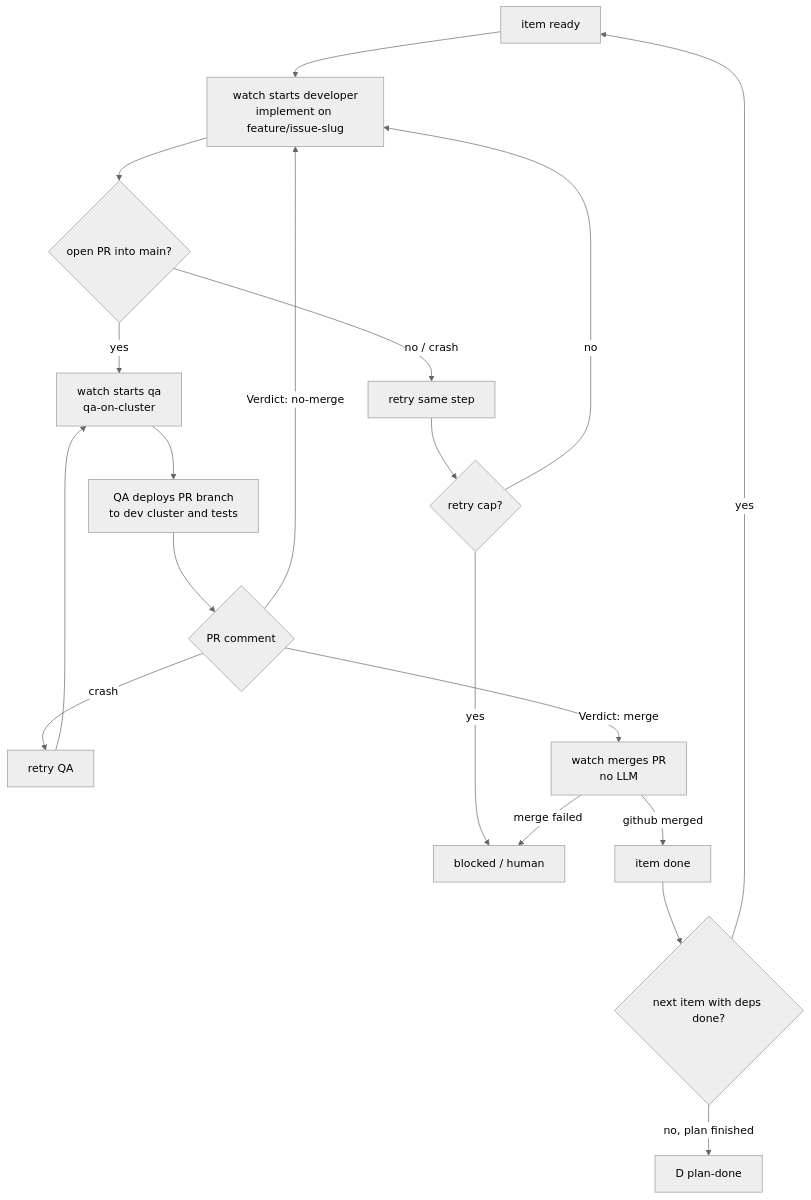
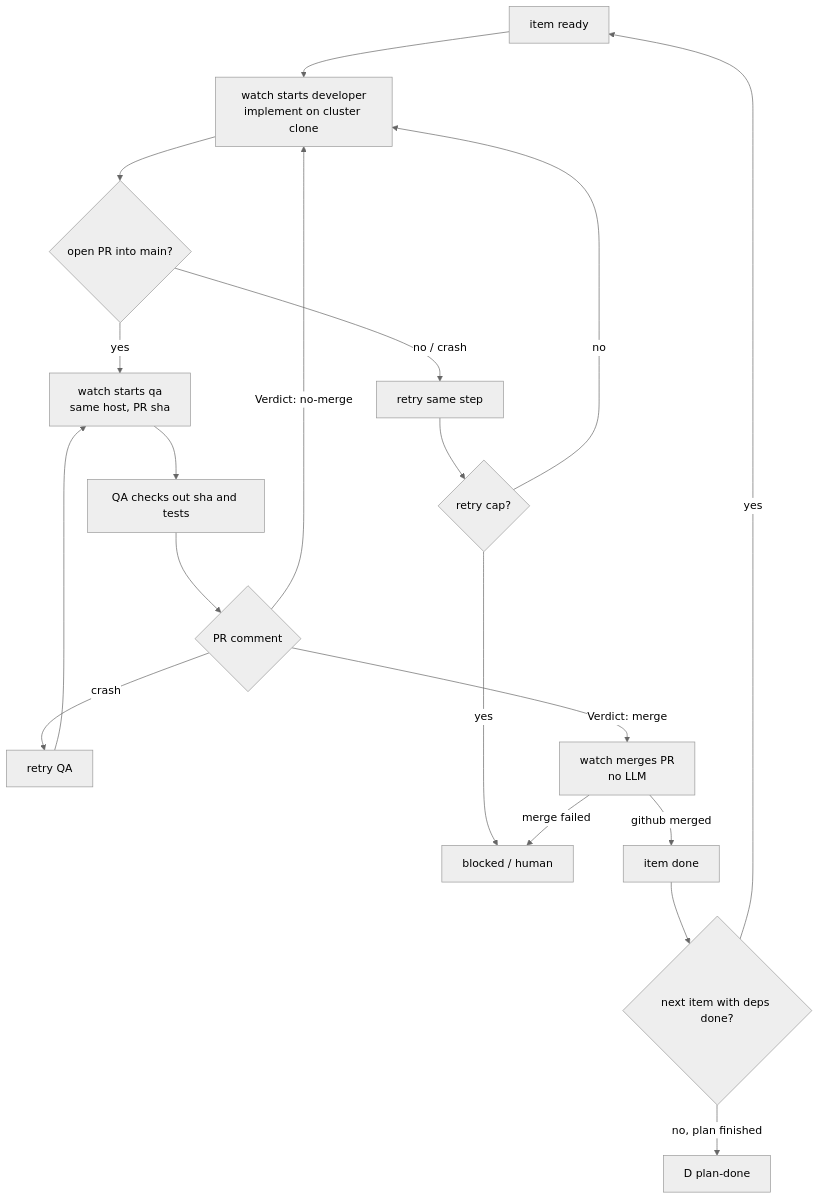
The fourth of 6 diagrams in README.md (camorazrushimoe/forgeyard), drawn with Mermaid (neutral theme) before and after one commit. The commit also changed other lines of this file, not shown here.

Commit message:
Link cluster, cli, onboard specs from README

````diff
--- a/README.md
+++ b/README.md
@@ -79,21 +79,21 @@
 ```mermaid
 flowchart TD
-  ready["item ready"] --> dev["watch starts developer\nimplement on feature/issue-slug"]
+  ready["item ready"] --> dev["watch starts developer\nimplement on cluster clone"]
   dev --> pr{open PR into main?}
   pr -->|no / crash| retryDev["retry same step"]
   retryDev --> capDev{retry cap?}
   capDev -->|no| dev
   capDev -->|yes| blocked["blocked / human"]
-  pr -->|yes| qa["watch starts qa\nqa-on-cluster"]
-  qa --> deploy["QA deploys PR branch\nto dev cluster and tests"]
+  pr -->|yes| qa["watch starts qa\nsame host, PR sha"]
+  qa --> deploy["QA checks out sha and tests"]
   deploy --> verdict{PR comment}
   verdict -->|Verdict: no-merge| dev
   verdict -->|crash| retryQa["retry QA"]
   retryQa --> qa
   verdict -->|Verdict: merge| merge["watch merges PR\nno LLM"]
   merge -->|github merged| done["item done"]
   merge -->|merge failed| blocked
   done --> more{next item with deps done?}
   more -->|yes| ready
   more -->|no, plan finished| D["D plan-done"]
 ```
````
